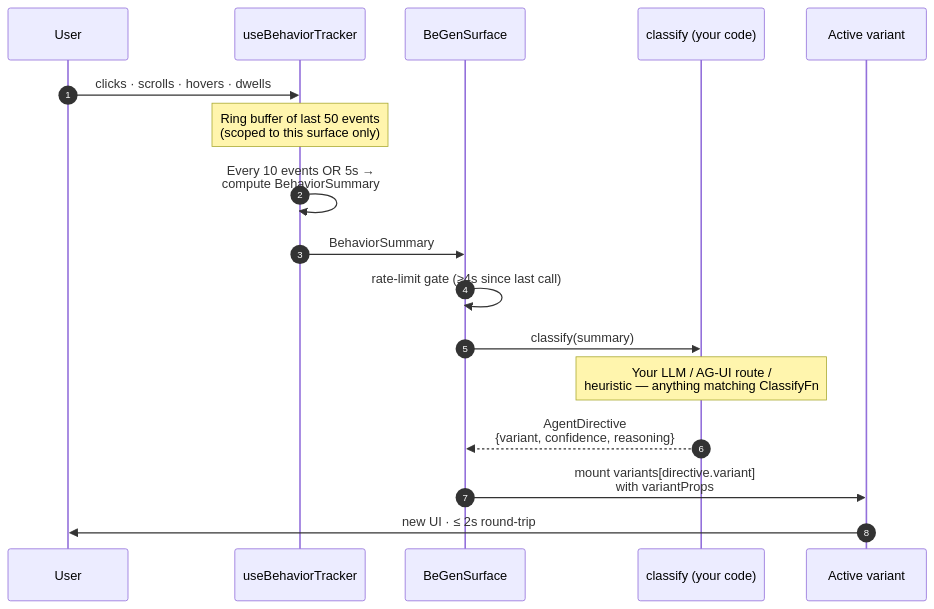
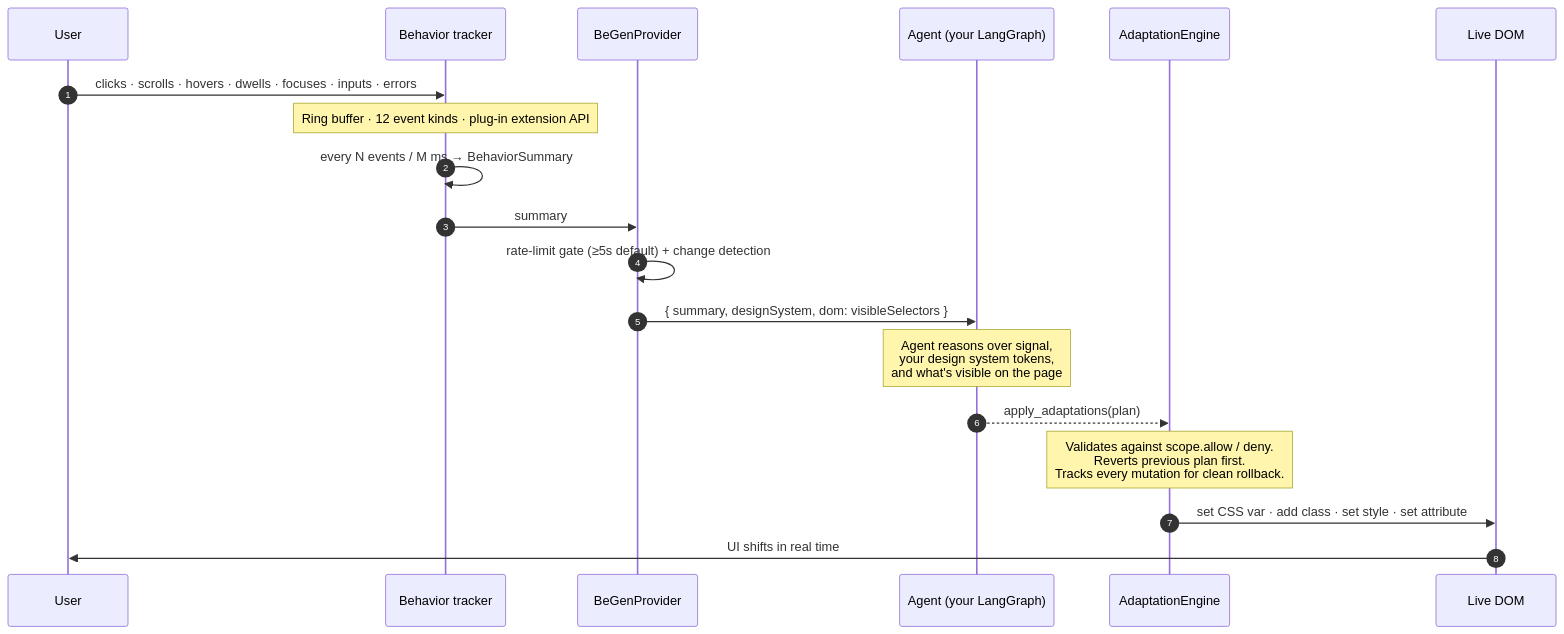
One commit to WagnerAgent/BeGeniux changed the second of 3 diagrams in README.md. Above: the diagram before and after it, drawn with Mermaid. The commit also changed other lines of this file and 228 other files, not shown here.

````diff
--- a/README.md
+++ b/README.md
@@ -46,20 +47,22 @@
 ```mermaid
 sequenceDiagram
   autonumber
   participant U as User
-  participant T as useBehaviorTracker
-  participant S as BeGenSurface
-  participant C as classify (your code)
-  participant V as Active variant
+  participant T as Behavior tracker
+  participant P as BeGenProvider
+  participant A as Agent (your LangGraph)
+  participant E as AdaptationEngine
+  participant D as Live DOM
 
-  U->>T: clicks · scrolls · hovers · dwells
-  Note over T: Ring buffer of last 50 events<br/>(scoped to this surface only)
-  T->>T: Every 10 events OR 5s →<br/>compute BehaviorSummary
-  T->>S: BehaviorSummary
-  S->>S: rate-limit gate (≥4s since last call)
-  S->>C: classify(summary)
-  Note over C: Your LLM / AG-UI route /<br/>heuristic — anything matching ClassifyFn
-  C-->>S: AgentDirective<br/>{variant, confidence, reasoning}
-  S->>V: mount variants[directive.variant]<br/>with variantProps
-  V->>U: new UI · ≤ 2s round-trip
+  U->>T: clicks · scrolls · hovers · dwells · focuses · inputs · errors
+  Note over T: Ring buffer · 12 event kinds · plug-in extension API
+  T->>T: every N events / M ms → BehaviorSummary
+  T->>P: summary
+  P->>P: rate-limit gate (≥5s default) + change detection
+  P->>A: { summary, designSystem, dom: visibleSelectors }
+  Note over A: Agent reasons over signal,<br/>your design system tokens,<br/>and what's visible on the page
+  A-->>E: apply_adaptations(plan)
+  Note over E: Validates against scope.allow / deny.<br/>Reverts previous plan first.<br/>Tracks every mutation for clean rollback.
+  E->>D: set CSS var · add class · set style · set attribute
+  D->>U: UI shifts in real time
 ```
````
